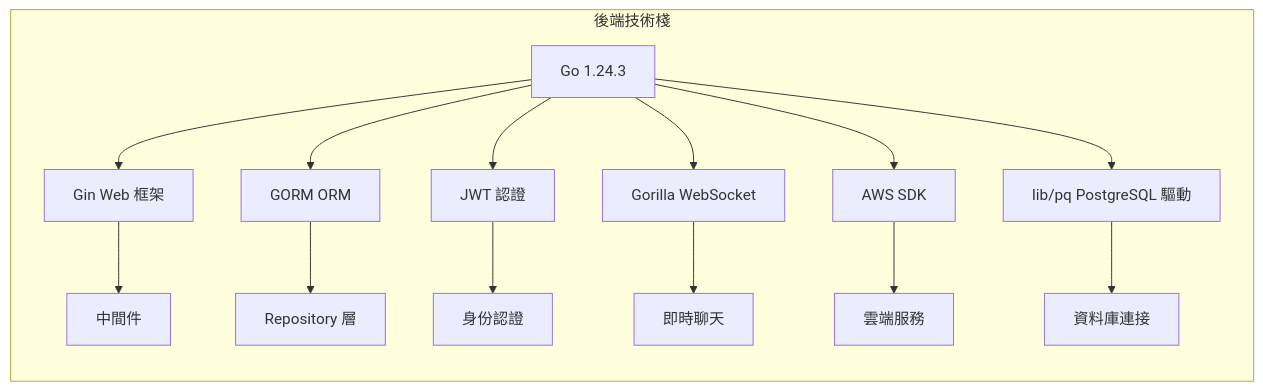
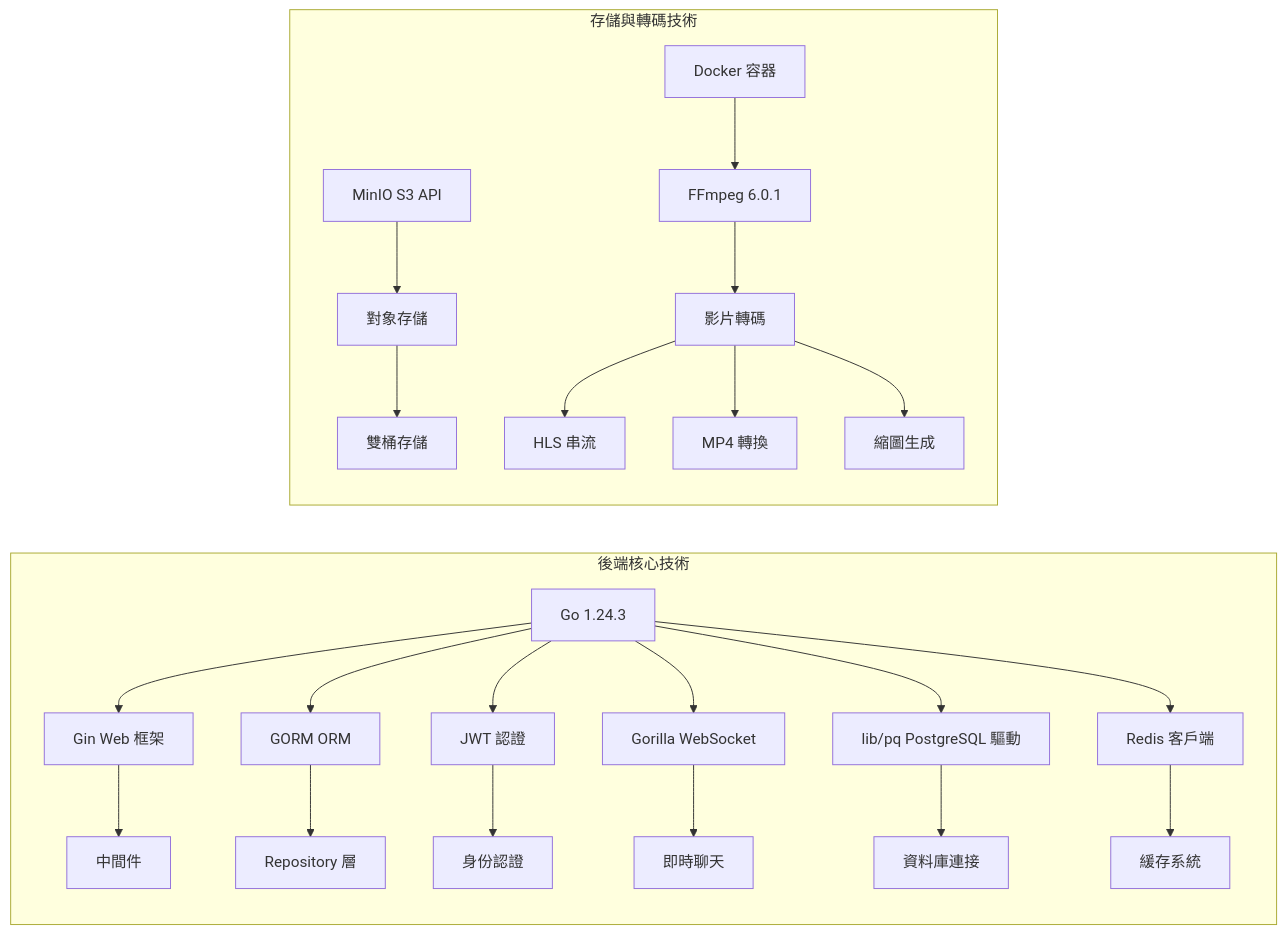
One commit to mike504110403/stream-demo changed the third of 16 diagrams in README.md. Above: the diagram before and after it, drawn with Mermaid. The commit also changed other lines of this file and 75 other files, not shown here.

````diff
--- a/README.md
+++ b/README.md
@@ -105,18 +108,29 @@
 ```mermaid
 graph LR
-    subgraph "後端技術棧"
+    subgraph "後端核心技術"
         GO[Go 1.24.3] --> GIN[Gin Web 框架]
         GO --> GORM[GORM ORM]
         GO --> JWT[JWT 認證]
         GO --> WS[Gorilla WebSocket]
-        GO --> AWS[AWS SDK]
         GO --> PQ[lib/pq PostgreSQL 驅動]
+        GO --> REDIS[Redis 客戶端]
         
         GIN --> MW[中間件]
         GORM --> REPO[Repository 層]
         JWT --> AUTH[身份認證]
         WS --> CHAT[即時聊天]
-        AWS --> CLOUD[雲端服務]
         PQ --> DB[資料庫連接]
+        REDIS --> CACHE[緩存系統]
+    end
+    
+    subgraph "存儲與轉碼技術"
+        MINIO[MinIO S3 API] --> STORAGE[對象存儲]
+        FFMPEG[FFmpeg 6.0.1] --> TRANSCODE[影片轉碼]
+        DOCKER[Docker 容器] --> FFMPEG
+        
+        STORAGE --> BUCKET[雙桶存儲]
+        TRANSCODE --> HLS[HLS 串流]
+        TRANSCODE --> MP4[MP4 轉換]
+        TRANSCODE --> THUMB[縮圖生成]
     end
 ```
````
